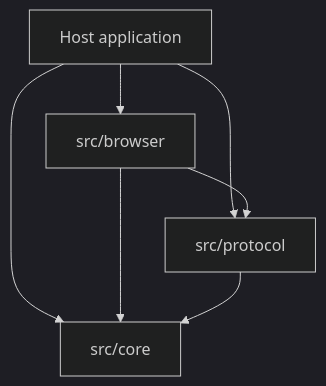
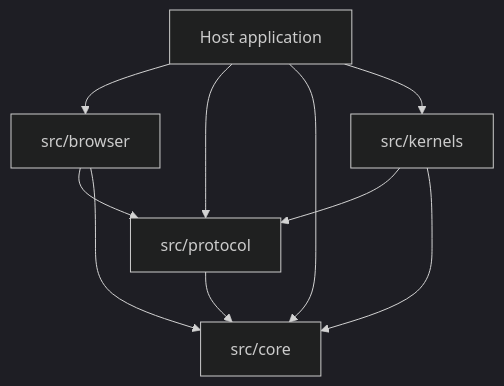
The diagram in docs/architecture.md (Lokad/StTropez), drawn with Mermaid (dark theme) before and after one commit. The commit also changed other lines of this file and 50 other files, not shown here.

Commit message:
Separate low-level text and protocol operations into an optional kernels entry

````diff
--- a/docs/architecture.md
+++ b/docs/architecture.md
@@ -12,9 +13,12 @@
 ```mermaid
 flowchart TD
     Host[Host application] --> Browser[src/browser]
     Host --> Protocol[src/protocol]
     Host --> Core[src/core]
+    Host --> Kernels[src/kernels]
+    Kernels --> Protocol
+    Kernels --> Core
     Browser --> Protocol
     Browser --> Core
     Protocol --> Core
 ```
````
